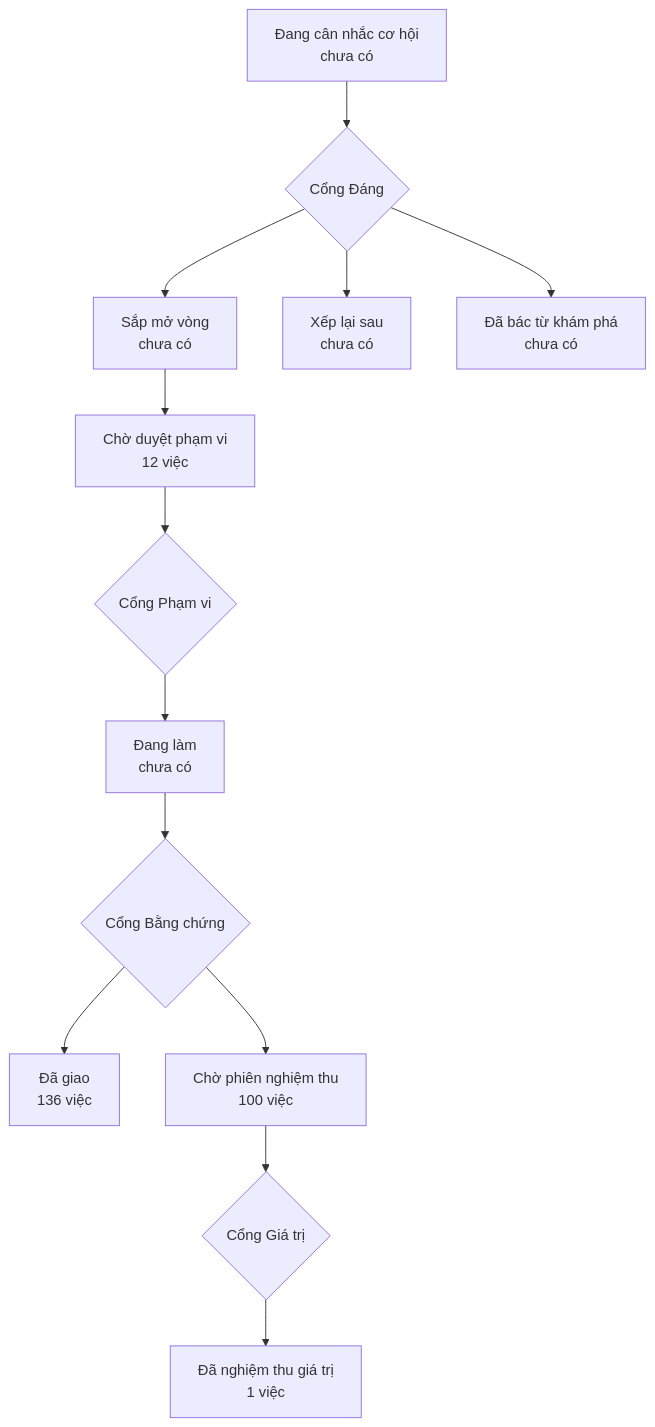
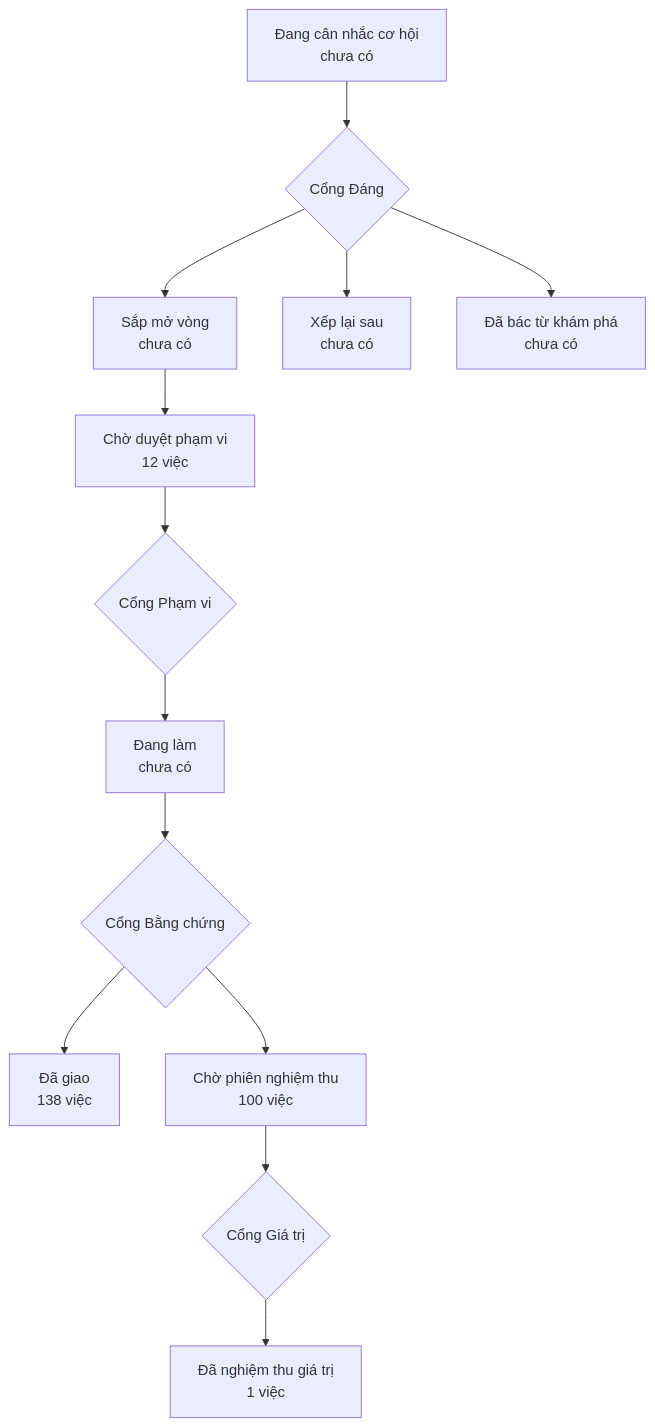
The diagram in PRODUCT-MAP.md (phanlemanh/onehub-invest), drawn with Mermaid before and after one commit. The commit also changed other lines of this file and 1 other file, not shown here.

Commit message:
docs(acceptance): DN1 vẽ lại lộ trình sau khi gộp main

````diff
--- a/PRODUCT-MAP.md
+++ b/PRODUCT-MAP.md
@@ -7,12 +7,12 @@
 ```mermaid
 flowchart TD
   A["Đang cân nhắc cơ hội<br/>chưa có"] --> GD{"Cổng Đáng"}
   GD --> B["Sắp mở vòng<br/>chưa có"]
   GD --> XL["Xếp lại sau<br/>chưa có"]
   GD --> DB["Đã bác từ khám phá<br/>chưa có"]
   B --> CD["Chờ duyệt phạm vi<br/>12 việc"] --> GP{"Cổng Phạm vi"}
   GP --> DL["Đang làm<br/>chưa có"] --> GB{"Cổng Bằng chứng"}
-  GB --> DG["Đã giao<br/>136 việc"]
+  GB --> DG["Đã giao<br/>138 việc"]
   GB --> CN["Chờ phiên nghiệm thu<br/>100 việc"] --> GG{"Cổng Giá trị"}
   GG --> NT["Đã nghiệm thu giá trị<br/>1 việc"]
 ```
````
